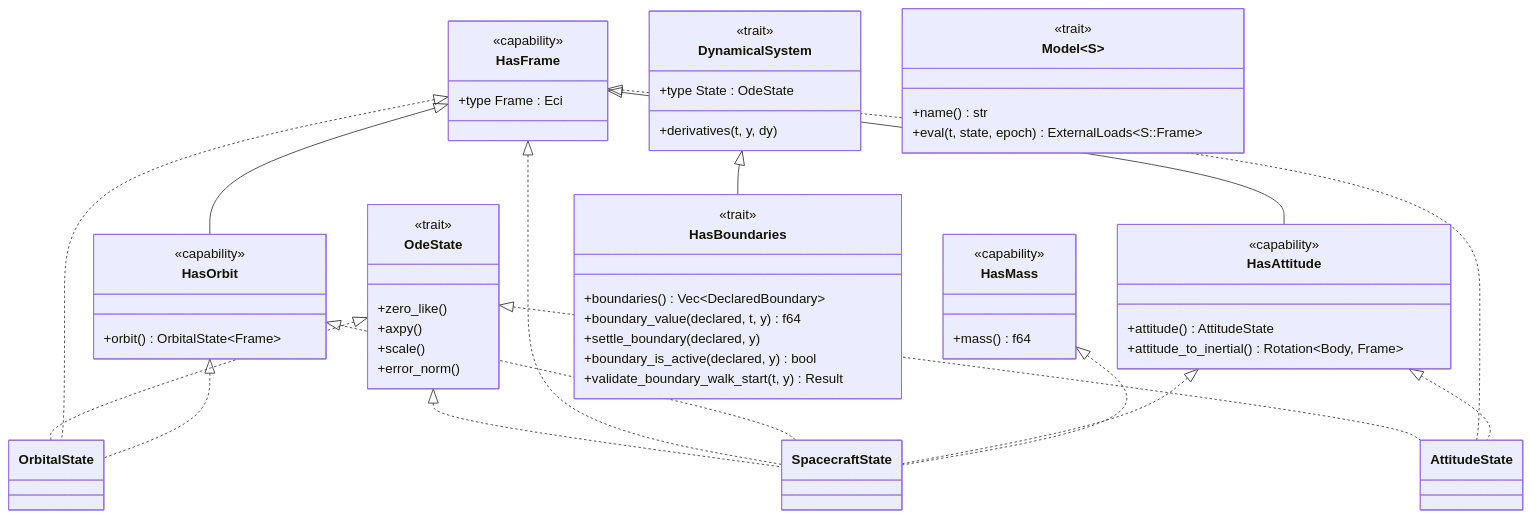
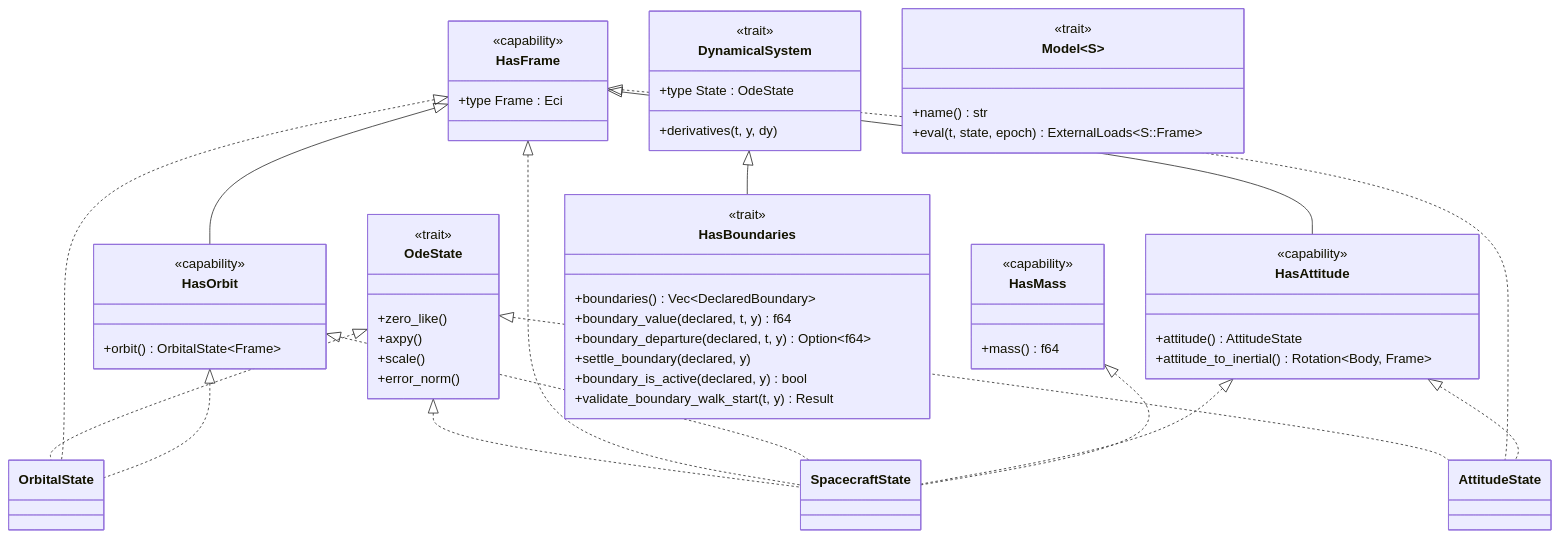
The second of 3 diagrams in ARCHITECTURE.ja.md (sksat/orts), drawn with Mermaid before and after one commit. The commit also changed other lines of this file and 4 other files, not shown here.

````diff
--- a/ARCHITECTURE.ja.md
+++ b/ARCHITECTURE.ja.md
@@ -58,66 +58,67 @@
 ```mermaid
 classDiagram
   class OdeState {
     <<trait>>
     +zero_like()
     +axpy()
     +scale()
     +error_norm()
   }
   class DynamicalSystem {
     <<trait>>
     +type State : OdeState
     +derivatives(t, y, dy)
   }
 
   class HasFrame {
     <<capability>>
     +type Frame : Eci
   }
   class HasOrbit {
     <<capability>>
     +orbit() OrbitalState~Frame~
   }
   class HasAttitude {
     <<capability>>
     +attitude() AttitudeState
     +attitude_to_inertial() Rotation~Body, Frame~
   }
   class HasMass {
     <<capability>>
     +mass() f64
   }
 
   class Model~S~ {
     <<trait>>
     +name() str
     +eval(t, state, epoch) ExternalLoads~S::Frame~
   }
 
   class HasBoundaries {
     <<trait>>
     +boundaries() Vec~DeclaredBoundary~
     +boundary_value(declared, t, y) f64
+    +boundary_departure(declared, t, y) Option~f64~
     +settle_boundary(declared, y)
     +boundary_is_active(declared, y) bool
     +validate_boundary_walk_start(t, y) Result
   }
 
   OdeState <|.. OrbitalState
   OdeState <|.. AttitudeState
   OdeState <|.. SpacecraftState
 
   DynamicalSystem <|-- HasBoundaries
 
   HasFrame <|-- HasOrbit
   HasFrame <|-- HasAttitude
 
   HasFrame <|.. OrbitalState
   HasFrame <|.. AttitudeState
   HasFrame <|.. SpacecraftState
   HasOrbit <|.. OrbitalState
   HasOrbit <|.. SpacecraftState
   HasAttitude <|.. AttitudeState
   HasAttitude <|.. SpacecraftState
   HasMass <|.. SpacecraftState
 ```
````
